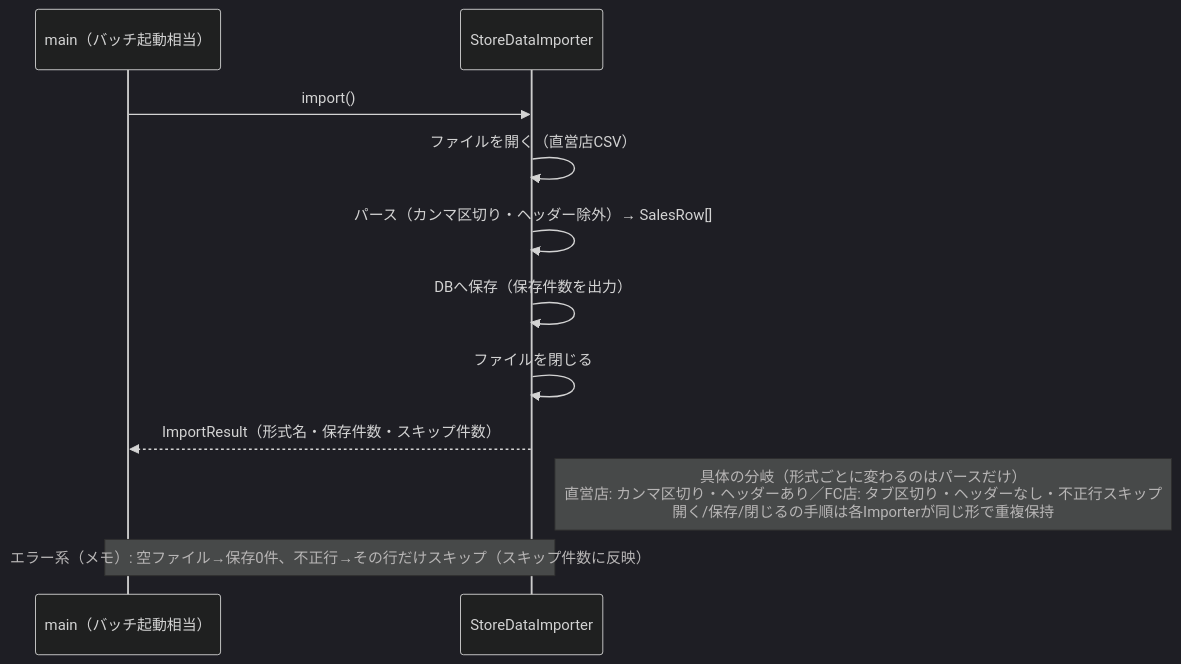
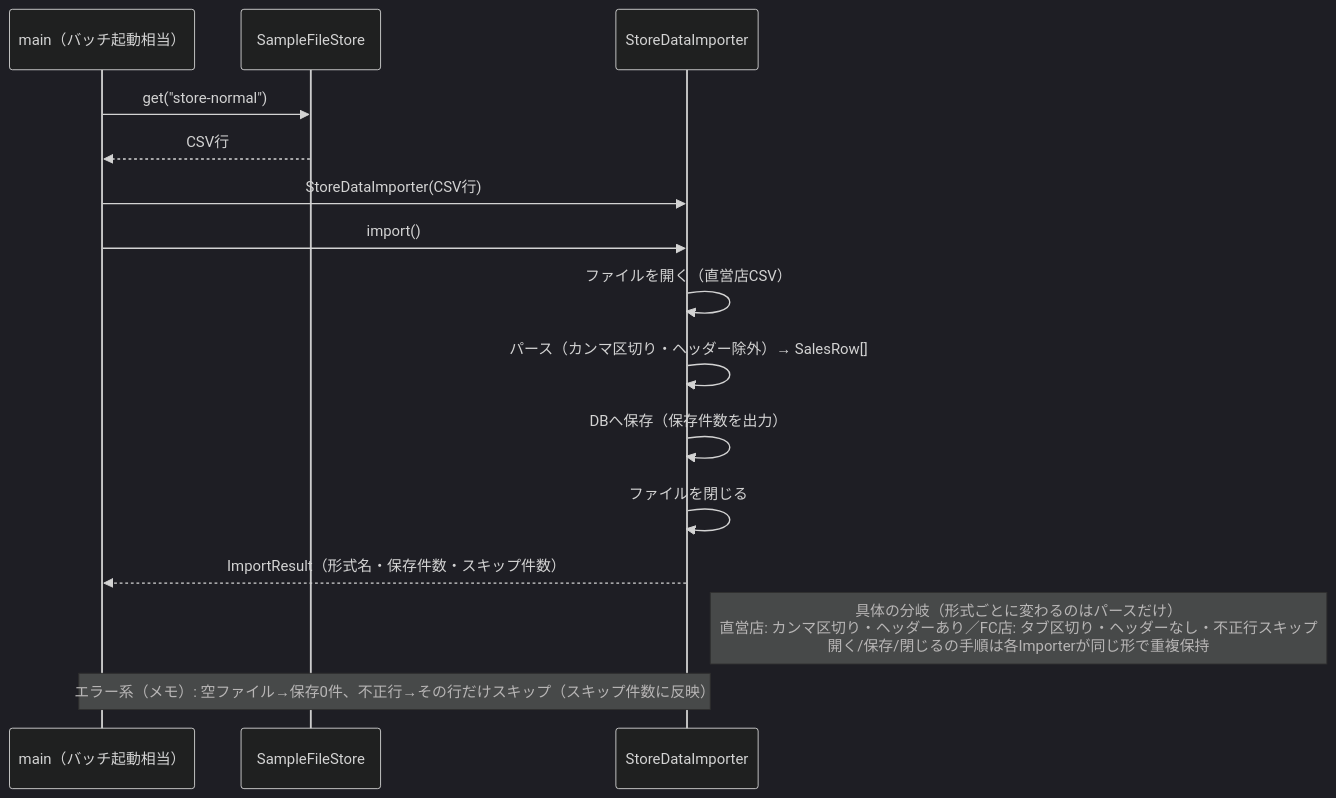
The fourth of 19 diagrams in kindle/design-patterns/output/chapter04.md (kumachan1101-pixel/DesignPattern), drawn with Mermaid (dark theme) before and after one commit. The commit also changed other lines of this file and 24 other files, not shown here.

Commit message:
docs: 問題から導く構成とクラス図説明を整合

````diff
--- a/kindle/design-patterns/output/chapter04.md
+++ b/kindle/design-patterns/output/chapter04.md
@@ -347,13 +341,17 @@
 ```mermaid
 sequenceDiagram
     participant Main as main（バッチ起動相当）
+    participant F as SampleFileStore
     participant SI as StoreDataImporter
+    Main->>F: get("store-normal")
+    F-->>Main: CSV行
+    Main->>SI: StoreDataImporter(CSV行)
     Main->>SI: import()
     SI->>SI: ファイルを開く（直営店CSV）
     SI->>SI: パース（カンマ区切り・ヘッダー除外）→ SalesRow[]
     SI->>SI: DBへ保存（保存件数を出力）
     SI->>SI: ファイルを閉じる
     SI-->>Main: ImportResult（形式名・保存件数・スキップ件数）
     Note right of SI: 具体の分岐（形式ごとに変わるのはパースだけ）<br>直営店: カンマ区切り・ヘッダーあり／FC店: タブ区切り・ヘッダーなし・不正行スキップ<br>開く/保存/閉じるの手順は各Importerが同じ形で重複保持
     Note over Main,SI: エラー系（メモ）: 空ファイル→保存0件、不正行→その行だけスキップ（スキップ件数に反映）
 ```
````
